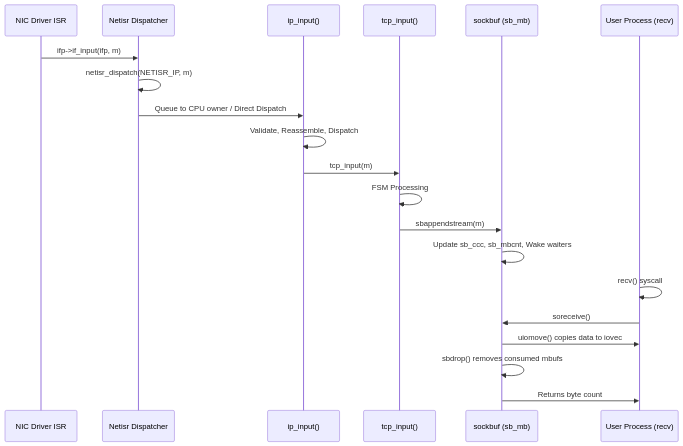
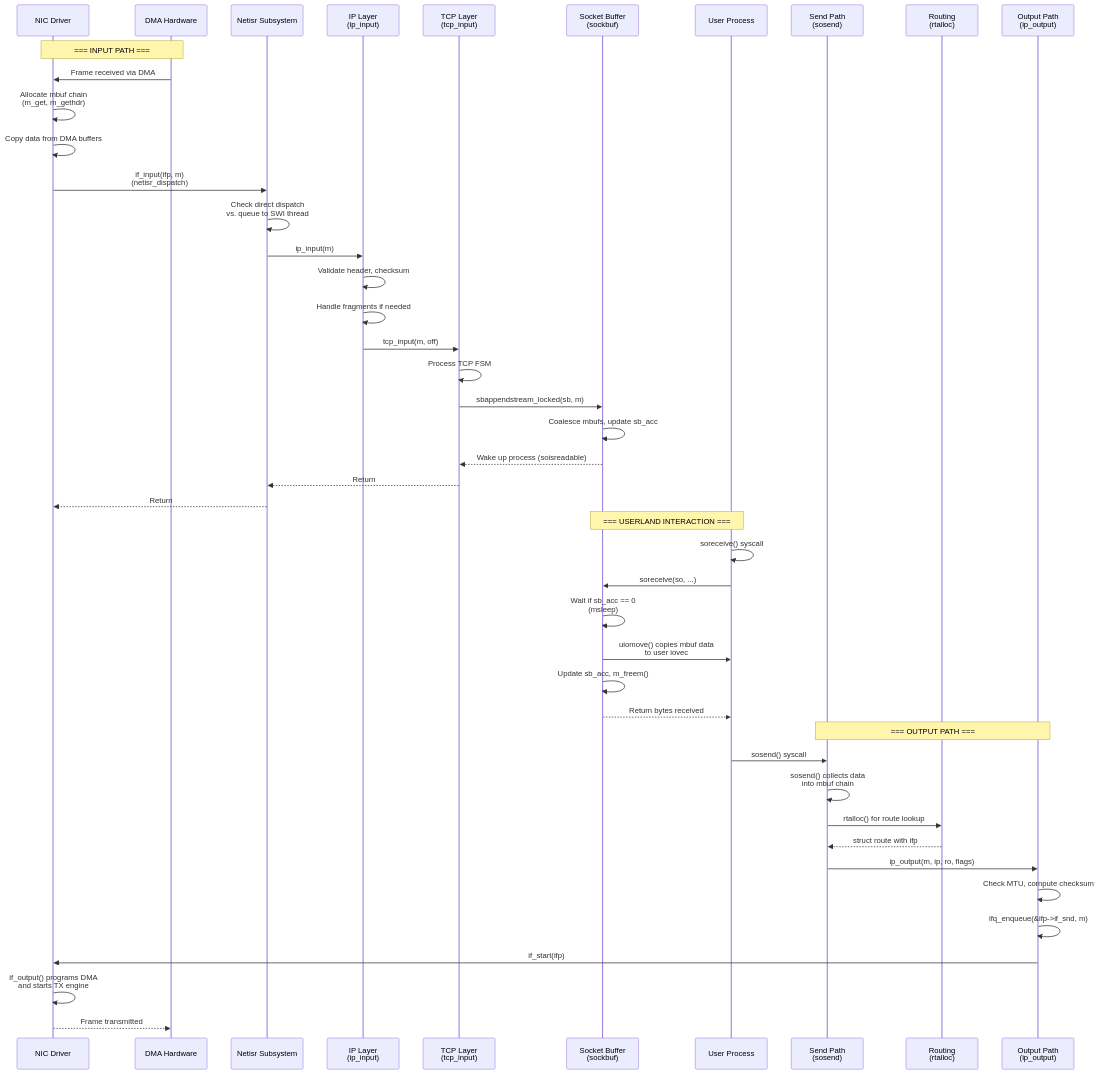
The diagram in sys/net/README.md (ocochard/freebsd-src), drawn with Mermaid before and after one commit. The commit also changed other lines of this file and 25 other files, not shown here.

````diff
--- a/sys/net/README.md
+++ b/sys/net/README.md
@@ -135,23 +389,50 @@
 ```mermaid
 sequenceDiagram
-    participant NIC as NIC Driver ISR
-    participant NetISR as Netisr Dispatcher
-    participant IP as ip_input()
-    participant TCP as tcp_input()
-    participant SB as sockbuf (sb_mb)
-    participant User as User Process (recv)
+    participant NIC as NIC Driver
+    participant DMA as DMA Hardware
+    participant NetISR as Netisr Subsystem
+    participant IP as IP Layer<br/>(ip_input)
+    participant TCP as TCP Layer<br/>(tcp_input)
+    participant SB as Socket Buffer<br/>(sockbuf)
+    participant User as User Process
+    participant Send as Send Path<br/>(sosend)
+    participant Route as Routing<br/>(rtalloc)
+    participant Out as Output Path<br/>(ip_output)
 
-    NIC->>NetISR: ifp->if_input(ifp, m)
-    NetISR->>NetISR: netisr_dispatch(NETISR_IP, m)
-    NetISR->>IP: Queue to CPU owner / Direct Dispatch
-    IP->>IP: Validate, Reassemble, Dispatch
-    IP->>TCP: tcp_input(m)
-    TCP->>TCP: FSM Processing
-    TCP->>SB: sbappendstream(m)
-    SB->>SB: Update sb_ccc, sb_mbcnt, Wake waiters
-    User->>User: recv() syscall
-    User->>SB: soreceive()
-    SB->>User: uiomove() copies data to iovec
-    SB->>SB: sbdrop() removes consumed mbufs
-    SB->>User: Returns byte count
+    Note over NIC,DMA: === INPUT PATH ===
+    DMA->>NIC: Frame received via DMA
+    NIC->>NIC: Allocate mbuf chain<br/>(m_get, m_gethdr)
+    NIC->>NIC: Copy data from DMA buffers
+    NIC->>NetISR: if_input(ifp, m)<br/>(netisr_dispatch)
+    NetISR->>NetISR: Check direct dispatch<br/>vs. queue to SWI thread
+    NetISR->>IP: ip_input(m)
+    IP->>IP: Validate header, checksum
+    IP->>IP: Handle fragments if needed
+    IP->>TCP: tcp_input(m, off)
+    TCP->>TCP: Process TCP FSM
+    TCP->>SB: sbappendstream_locked(sb, m)
+    SB->>SB: Coalesce mbufs, update sb_acc
+    SB-->>TCP: Wake up process (soisreadable)
+    TCP-->>NetISR: Return
+    NetISR-->>NIC: Return
+
+    Note over User,SB: === USERLAND INTERACTION ===
+    User->>User: soreceive() syscall
+    User->>SB: soreceive(so, ...)
+    SB->>SB: Wait if sb_acc == 0<br/>(msleep)
+    SB->>User: uiomove() copies mbuf data<br/>to user iovec
+    SB->>SB: Update sb_acc, m_freem()
+    SB-->>User: Return bytes received
+
+    Note over Send,Out: === OUTPUT PATH ===
+    User->>Send: sosend() syscall
+    Send->>Send: sosend() collects data<br/>into mbuf chain
+    Send->>Route: rtalloc() for route lookup
+    Route-->>Send: struct route with ifp
+    Send->>Out: ip_output(m, ip, ro, flags)
+    Out->>Out: Check MTU, compute checksum
+    Out->>Out: ifq_enqueue(&ifp->if_snd, m)
+    Out->>NIC: if_start(ifp)
+    NIC->>NIC: if_output() programs DMA<br/>and starts TX engine
+    NIC-->>DMA: Frame transmitted
 ```
````
